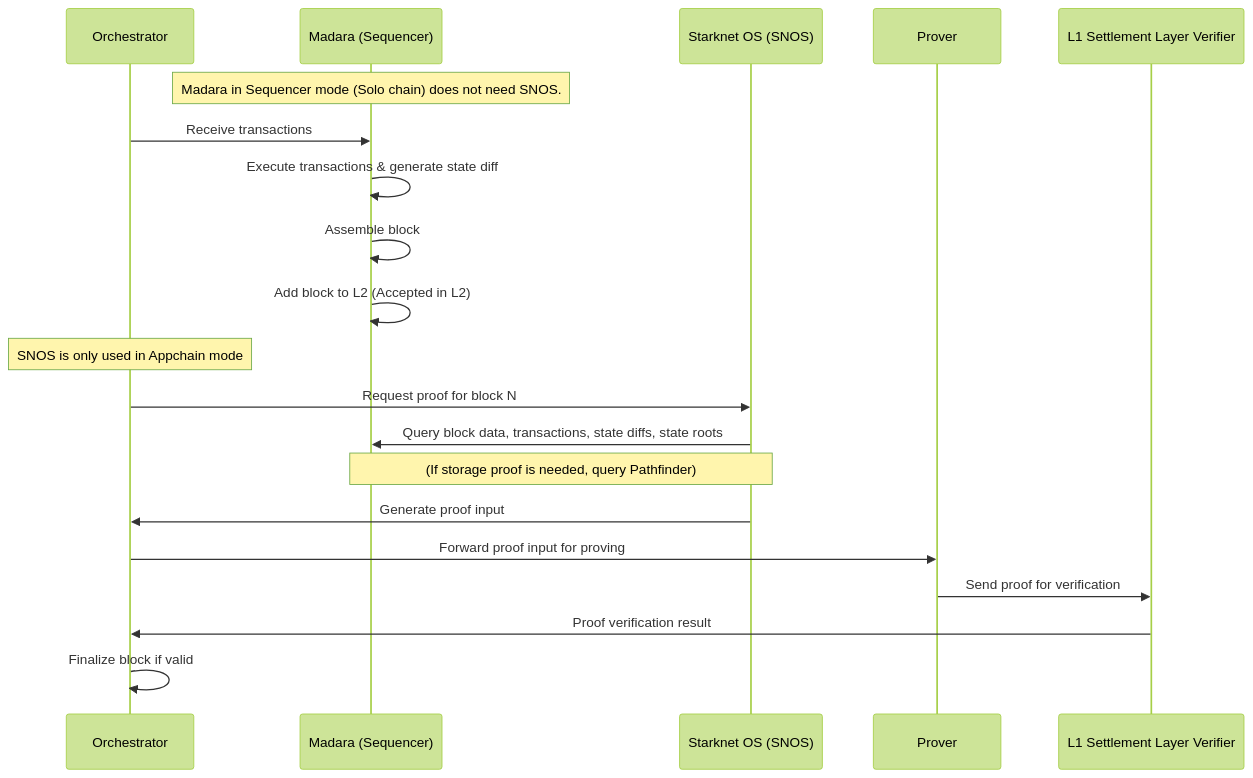
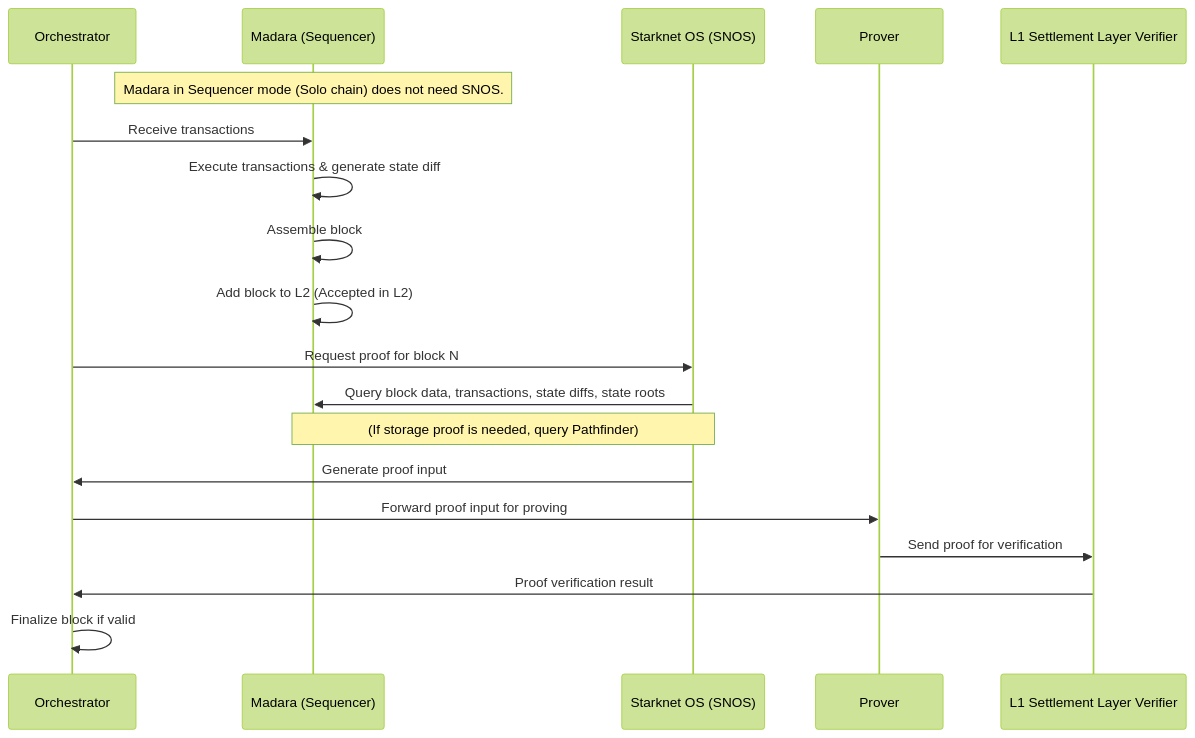
One commit to walnuthq/madara-docs changed the diagram in docs/chain/architecture.md. Above: the diagram before and after it, drawn with Mermaid (forest theme). The commit also changed other lines of this file, not shown here.

````diff
--- a/docs/chain/architecture.md
+++ b/docs/chain/architecture.md
@@ -35,28 +31,26 @@
 ```mermaid
 sequenceDiagram
 
     participant Orchestrator
     participant Sequencer as Madara (Sequencer)
     participant SNOS as Starknet OS (SNOS)
     participant Prover
     participant L1_Verifier as L1 Settlement Layer Verifier
 
     Note over Sequencer: Madara in Sequencer mode (Solo chain) does not need SNOS.
 
     Orchestrator ->> Sequencer: Receive transactions
     Sequencer ->> Sequencer: Execute transactions & generate state diff
     Sequencer ->> Sequencer: Assemble block
     Sequencer ->> Sequencer: Add block to L2 (Accepted in L2)
 
-    Note over Orchestrator: SNOS is only used in Appchain mode
-
     Orchestrator ->> SNOS: Request proof for block N
     SNOS ->> Sequencer: Query block data, transactions, state diffs, state roots
     Note over SNOS, Sequencer: (If storage proof is needed, query Pathfinder)
     SNOS ->> Orchestrator: Generate proof input
     Orchestrator ->> Prover: Forward proof input for proving
     Prover ->> L1_Verifier: Send proof for verification
     L1_Verifier ->> Orchestrator: Proof verification result
     Orchestrator ->> Orchestrator: Finalize block if valid
 
 ```
````
